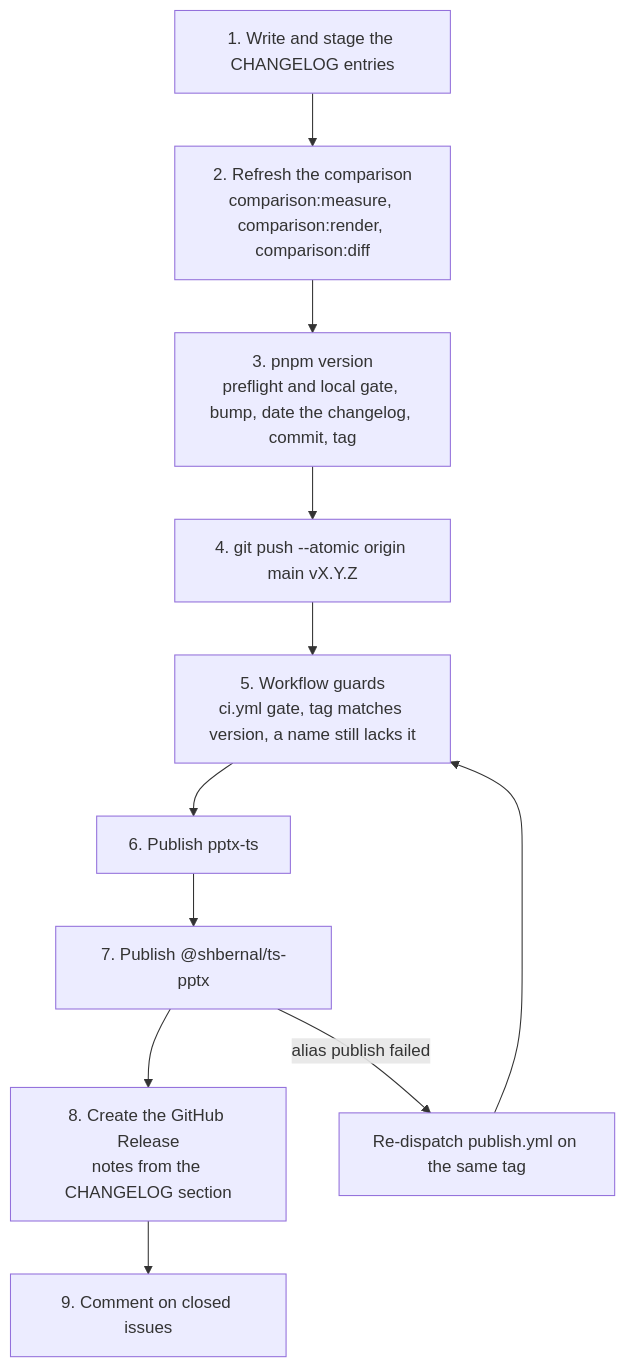
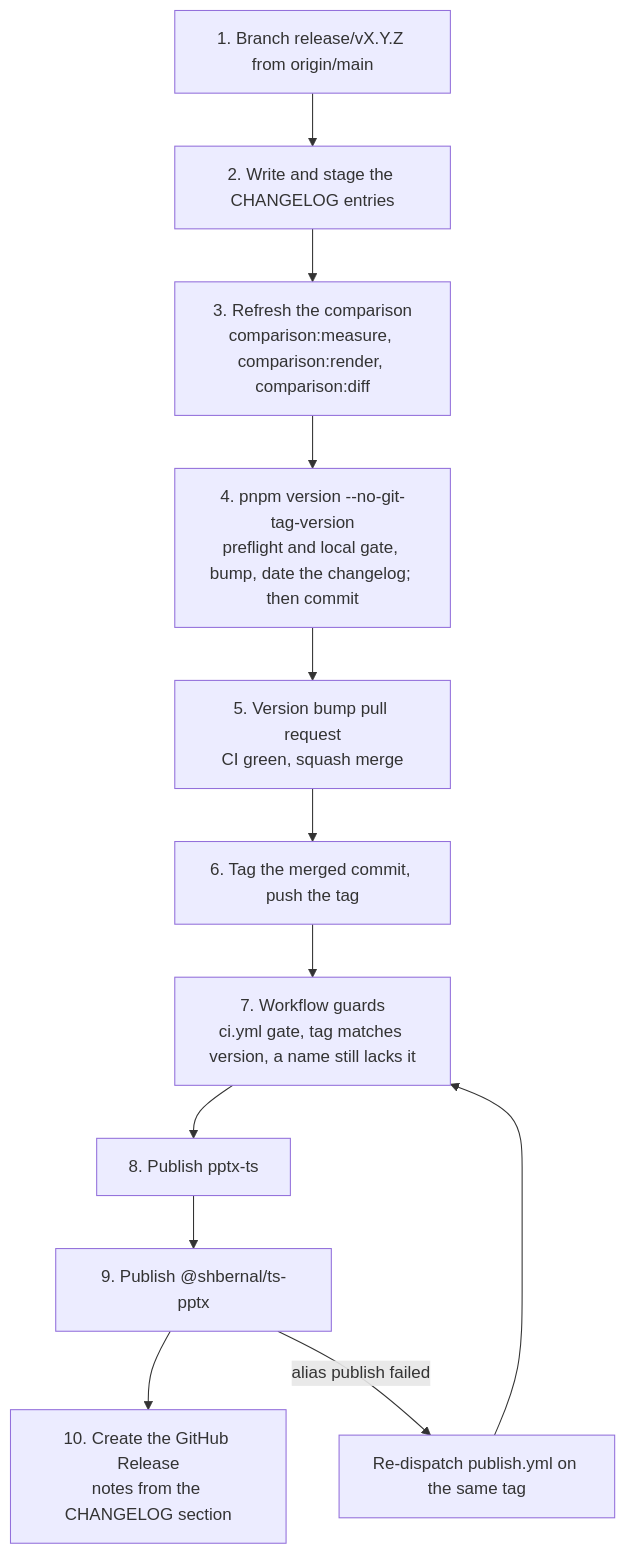
Before and after one commit to shbernal/pptx-ts: the diagram in docs/contributing/releasing.md, drawn with Mermaid. The commit also changed other lines of this file and 3 other files, not shown here.

First line of the commit message:
docs(release): release through a version bump PR, then tag the merged commit (#344)

````diff
--- a/docs/contributing/releasing.md
+++ b/docs/contributing/releasing.md
@@ -29,13 +31,14 @@
 ```mermaid
 flowchart TD
-  s1["1. Write and stage the CHANGELOG entries"] --> s2["2. Refresh the comparison<br/>comparison:measure, comparison:render, comparison:diff"]
-  s2 --> s3["3. pnpm version<br/>preflight and local gate, bump, date the changelog, commit, tag"]
-  s3 --> s4["4. git push --atomic origin main vX.Y.Z"]
-  s4 --> s5["5. Workflow guards<br/>ci.yml gate, tag matches version, a name still lacks it"]
-  s5 --> s6["6. Publish pptx-ts"]
-  s6 --> s7["7. Publish @shbernal/ts-pptx"]
-  s7 --> s8["8. Create the GitHub Release<br/>notes from the CHANGELOG section"]
-  s8 --> s9["9. Comment on closed issues"]
+  s0["1. Branch release/vX.Y.Z from origin/main"] --> s1["2. Write and stage the CHANGELOG entries"]
+  s1 --> s2["3. Refresh the comparison<br/>comparison:measure, comparison:render, comparison:diff"]
+  s2 --> s3["4. pnpm version --no-git-tag-version<br/>preflight and local gate, bump, date the changelog; then commit"]
+  s3 --> s4["5. Version bump pull request<br/>CI green, squash merge"]
+  s4 --> s4b["6. Tag the merged commit, push the tag"]
+  s4b --> s5["7. Workflow guards<br/>ci.yml gate, tag matches version, a name still lacks it"]
+  s5 --> s6["8. Publish pptx-ts"]
+  s6 --> s7["9. Publish @shbernal/ts-pptx"]
+  s7 --> s8["10. Create the GitHub Release<br/>notes from the CHANGELOG section"]
   s7 -- "alias publish failed" --> retry["Re-dispatch publish.yml on the same tag"]
   retry --> s5
 ```
````
